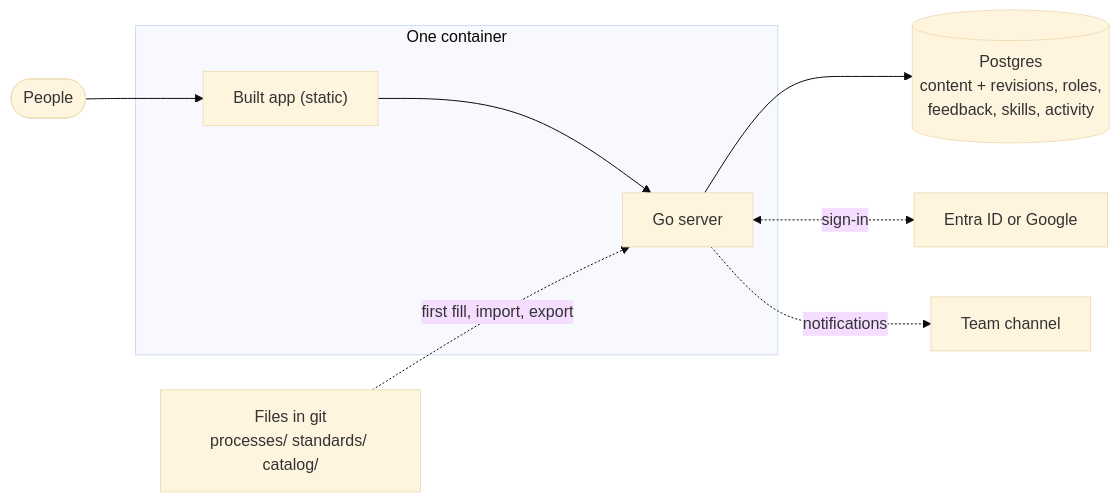
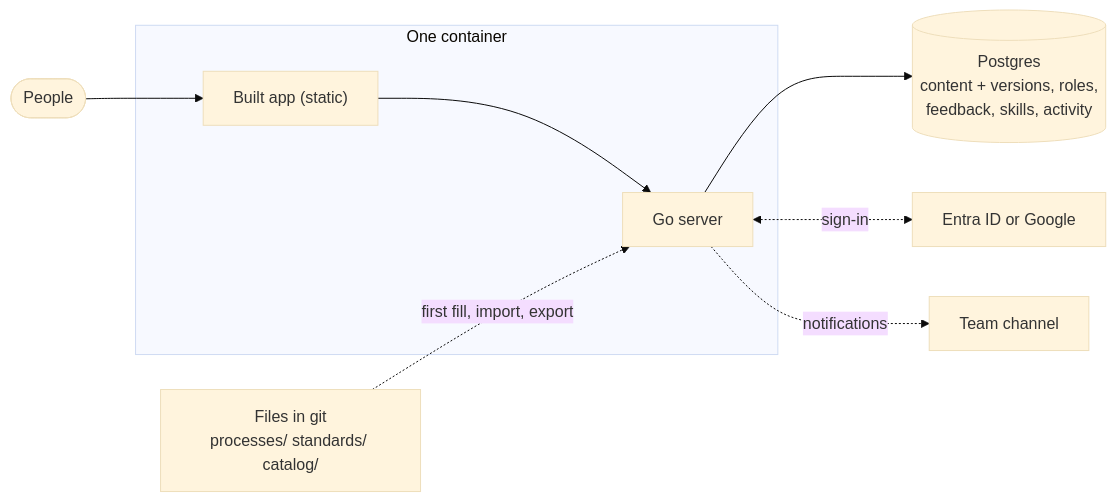
Before and after one commit to kubek80/process-manager: the diagram in docs/backend.md, drawn with Mermaid (base theme). The commit also changed other lines of this file and 15 other files, not shown here.

First line of the commit message:
WIP: guard that stops links before leaving, new browser tests, Guide and server docs for versions

````diff
--- a/docs/backend.md
+++ b/docs/backend.md
@@ -5,12 +5,12 @@
 ```mermaid
 flowchart LR
   people(["People"]) --> app["Built app (static)"] --> server["Go server"]
   subgraph image["One container"]
     app
     server
   end
-  server --> db[("Postgres<br/>content + revisions, roles,<br/>feedback, skills, activity")]
+  server --> db[("Postgres<br/>content + versions, roles,<br/>feedback, skills, activity")]
   server <-. "sign-in" .-> idp["Entra ID or Google"]
   server -. "notifications" .-> chat["Team channel"]
   seed["Files in git<br/>processes/ standards/ catalog/"] -. "first fill, import, export" .-> server
 ```
````
